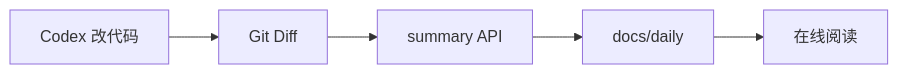
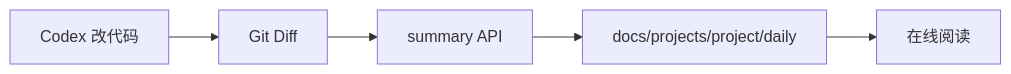
The diagram in docs/guide/getting-started.md (SivanHu/md_online), drawn with Mermaid before and after one commit. The commit also changed other lines of this file and 22 other files, not shown here.

````diff
--- a/docs/guide/getting-started.md
+++ b/docs/guide/getting-started.md
@@ -45,7 +45,7 @@
 ```mermaid
 flowchart LR
   Codex[Codex 改代码] --> Git[Git Diff]
   Git --> API[summary API]
-  API --> MD[docs/daily]
+  API --> MD[docs/projects/project/daily]
   MD --> Viewer[在线阅读]
 ```
````
